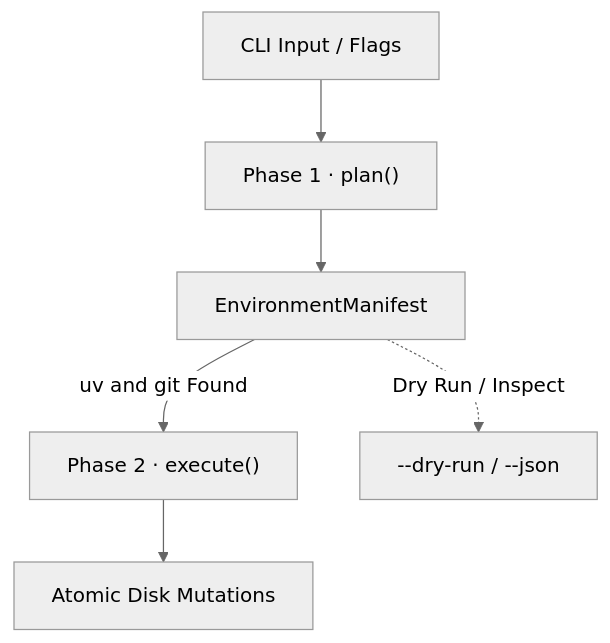
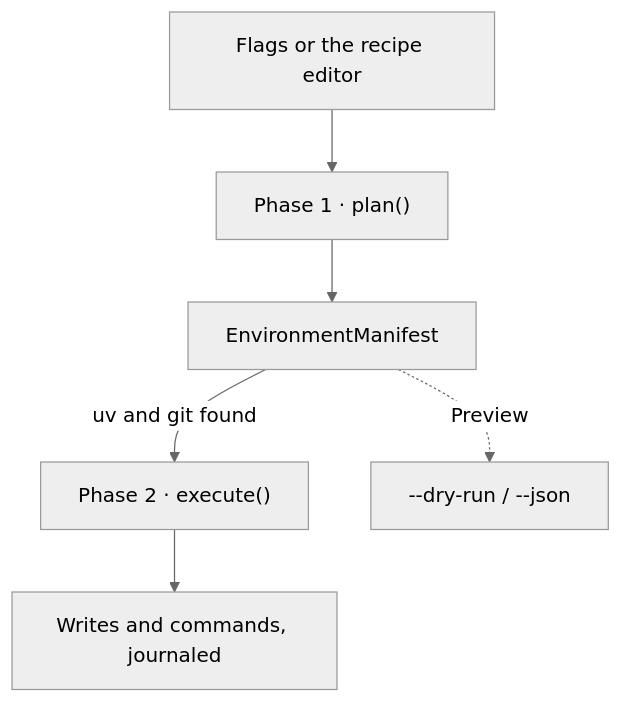
The first of 2 diagrams in docs/design-principles.md (JacksonFergusonDev/protostar), drawn with Mermaid (neutral theme) before and after one commit. The commit also changed other lines of this file and 30 other files, not shown here.

````diff
--- a/docs/design-principles.md
+++ b/docs/design-principles.md
@@ -59,8 +33,8 @@
 ```mermaid
 flowchart TD
-    A[CLI Input / Flags] --> B["Phase 1 · plan()"]
+    A[Flags or the recipe editor] --> B["Phase 1 · plan()"]
     B --> C[EnvironmentManifest]
-    C -->|uv and git Found| D["Phase 2 · execute()"]
-    C -.->|Dry Run / Inspect| E[--dry-run / --json]
-    D --> F[Atomic Disk Mutations]
+    C -->|uv and git found| D["Phase 2 · execute()"]
+    C -.->|Preview| E[--dry-run / --json]
+    D --> F[Writes and commands, journaled]
 ```
````
